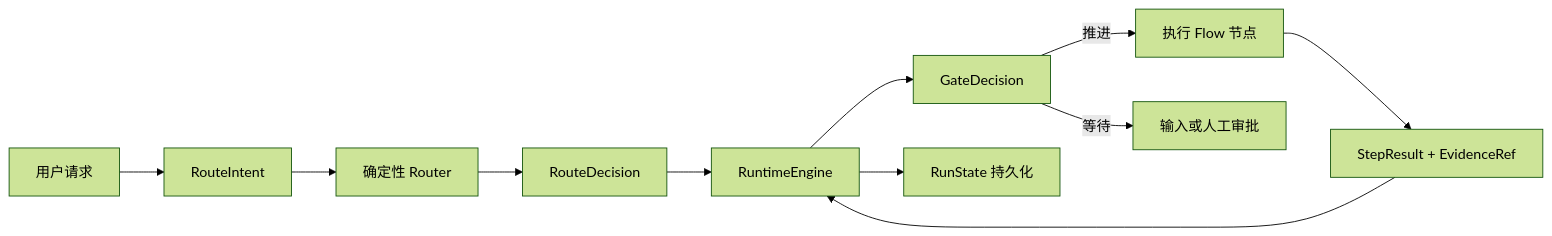
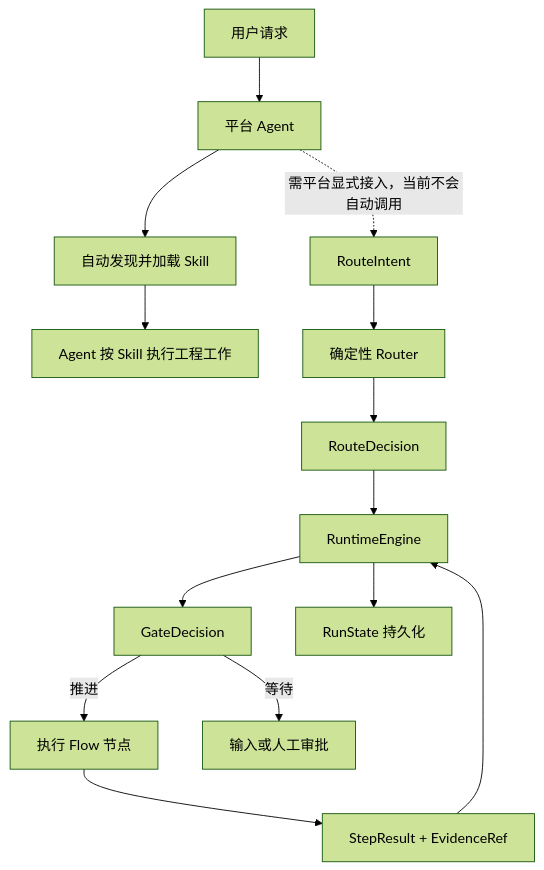
The diagram in README.md (snbc-qihang/agent-skills), drawn with Mermaid (forest theme) before and after one commit. The commit also changed other lines of this file, not shown here.

````diff
--- a/README.md
+++ b/README.md
@@ -113,13 +159,17 @@
 ```mermaid
-flowchart LR
-    U["用户请求"] --> I["RouteIntent"]
+flowchart TB
+    U["用户请求"] --> A["平台 Agent"]
+    A --> K["自动发现并加载 Skill"]
+    K --> W["Agent 按 Skill 执行工程工作"]
+
+    A -. "需平台显式接入，当前不会自动调用" .-> I["RouteIntent"]
     I --> R["确定性 Router"]
     R --> D["RouteDecision"]
     D --> E["RuntimeEngine"]
     E --> G["GateDecision"]
     G -->|推进| S["执行 Flow 节点"]
     G -->|等待| H["输入或人工审批"]
     S --> X["StepResult + EvidenceRef"]
     X --> E
     E --> P["RunState 持久化"]
 ```
````
